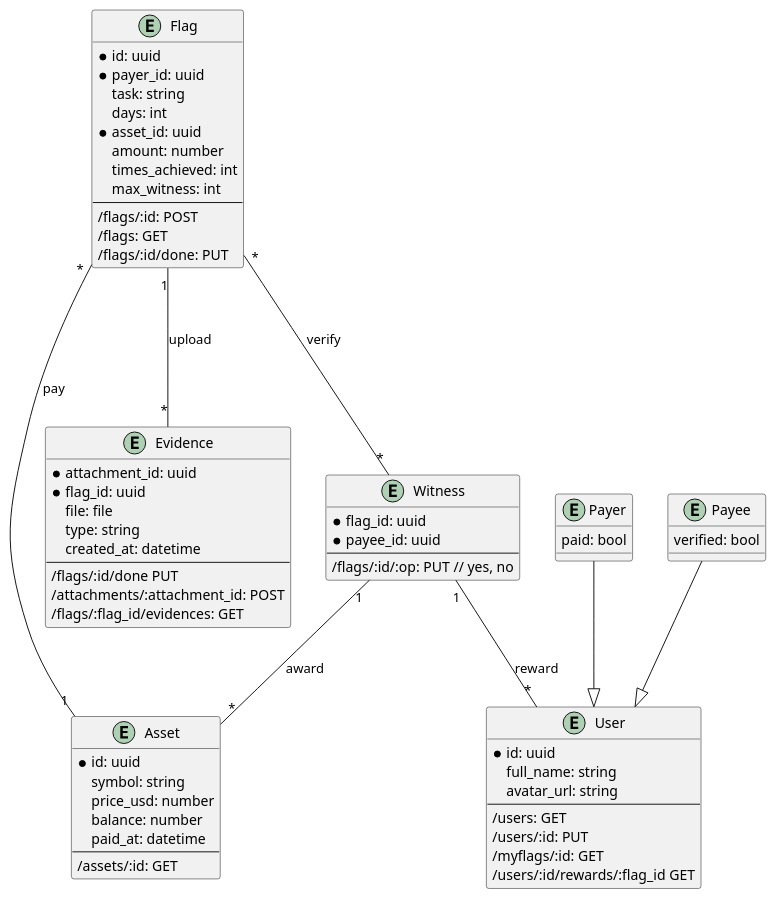
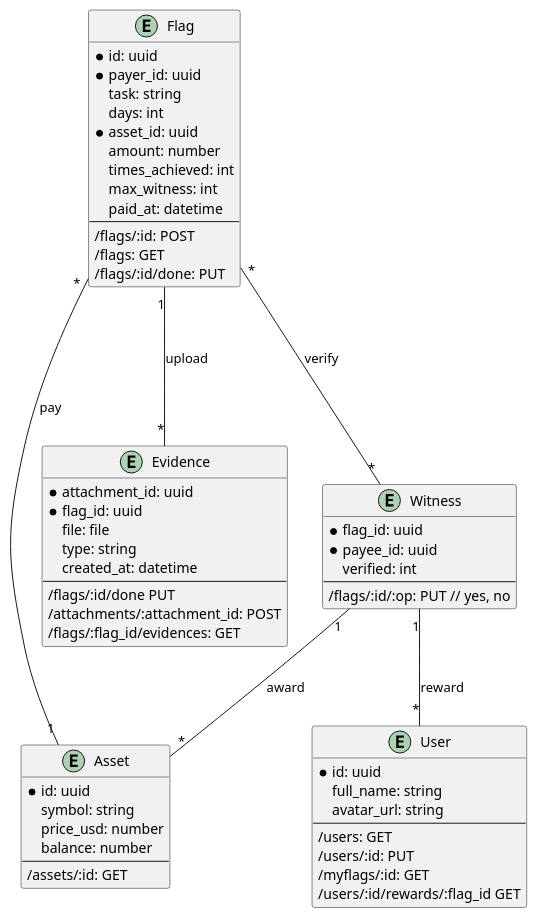
Before and after one commit to PioneerDev/setflags: the diagram in docs/models.puml, drawn with PlantUML. The commit also changed 1 other file, not shown here.

Commit message:
update the ER diagram according to the DB schema*

```diff
--- a/docs/models.puml
+++ b/docs/models.puml
@@ -1,75 +1,65 @@
 @startuml
 
 entity User {
    * id: uuid
    full_name: string
    avatar_url: string
    --
    /users: GET
    /users/:id: PUT
    /myflags/:id: GET
    /users/:id/rewards/:flag_id GET
 }
 
 entity Flag {
     * id: uuid
     * payer_id: uuid
     task: string
     days: int
     * asset_id: uuid
     amount: number
     times_achieved: int
     max_witness: int
+    paid_at: datetime
     --
     /flags/:id: POST
     /flags: GET
     /flags/:id/done: PUT
 }
 
 entity Asset {
     * id: uuid
     symbol: string
     price_usd: number
     balance: number
-    paid_at: datetime
     --
     /assets/:id: GET
 }
 
 entity Evidence {
     * attachment_id: uuid
     * flag_id: uuid
     file: file
     type: string
     created_at: datetime
     --
     /flags/:id/done PUT
     /attachments/:attachment_id: POST
     /flags/:flag_id/evidences: GET
 }
 
 entity Witness {
     * flag_id: uuid
     * payee_id: uuid
+    verified: int
     --
     /flags/:id/:op: PUT // yes, no
 }
-
-entity Payer {
-    paid: bool
-}
-
-entity Payee {
-    verified: bool
-}
-
-Payer --|> User
-Payee --|> User
 
 Flag "1" --- "*" Evidence: upload
 Flag "*" --- "1" Asset: pay
 Flag "*" --- "*" Witness: verify
 Witness "1" -- "*" Asset: award 
 Witness "1" -- "*" User: reward 
 
 @enduml
```
